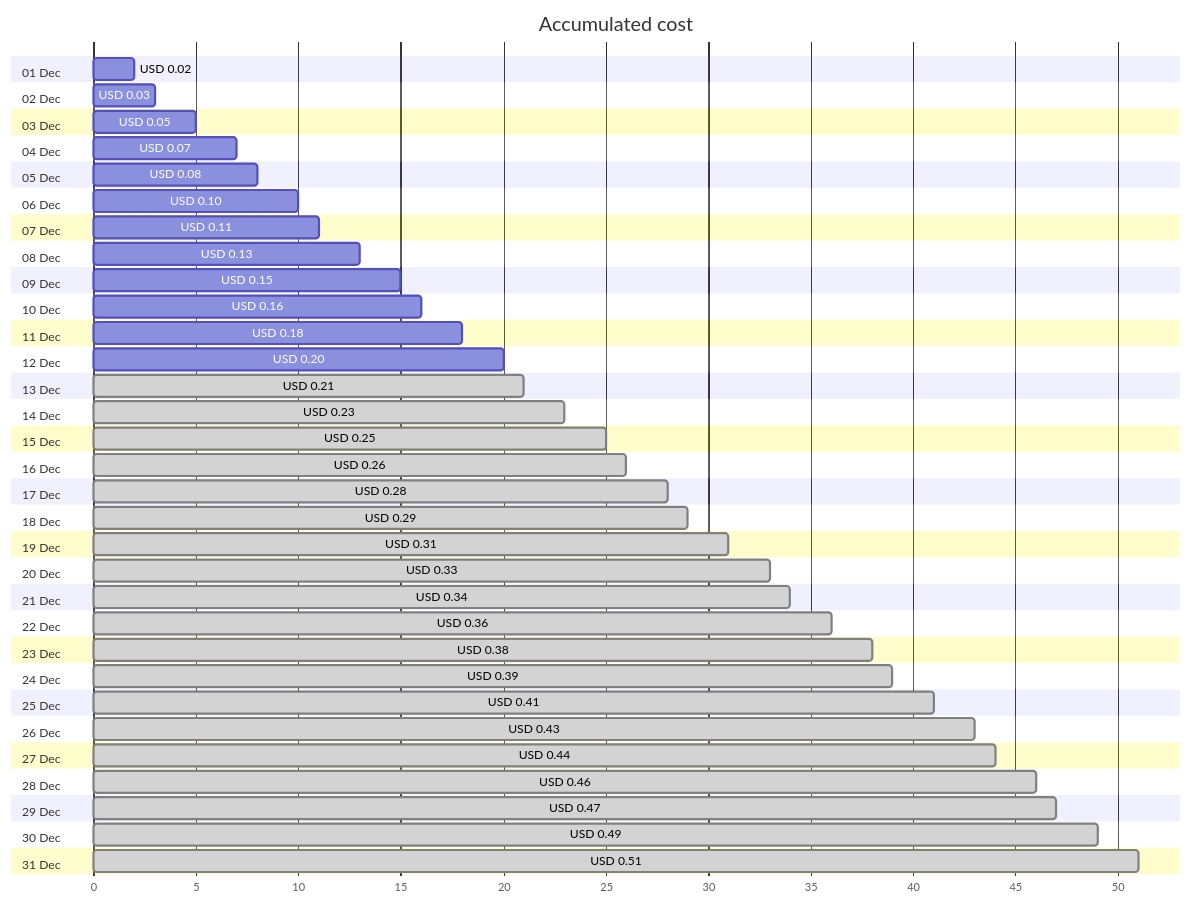
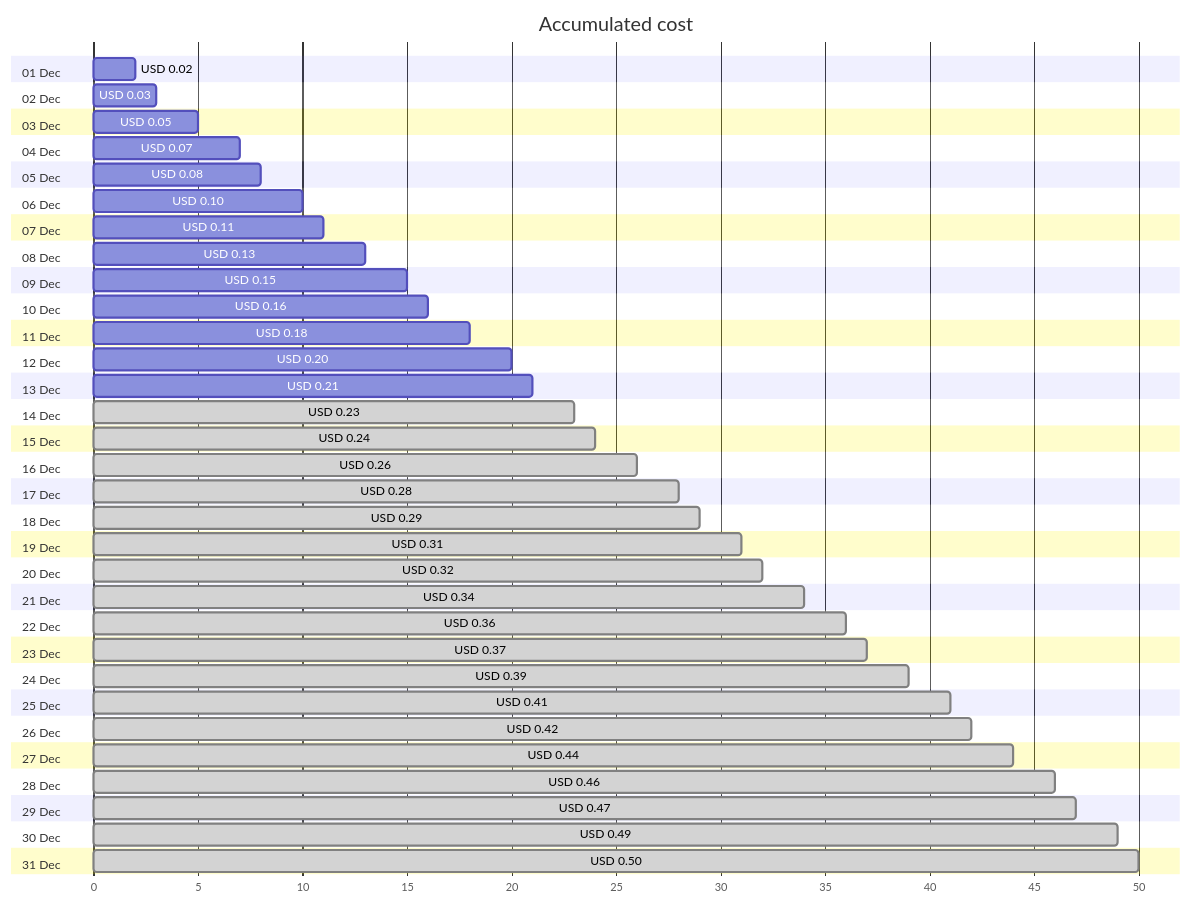
One commit to jpfulton/azure-personal-reports changed the first of 4 diagrams in cost-reports/personal-dns/jpatrickfulton.com.md. Above: the diagram before and after it, drawn with Mermaid. The commit also changed other lines of this file and 2 other files, not shown here.

````diff
--- a/cost-reports/personal-dns/jpatrickfulton.com.md
+++ b/cost-reports/personal-dns/jpatrickfulton.com.md
@@ -20,68 +20,68 @@
 ```mermaid
 gantt
    title Accumulated cost
    dateFormat  X
    axisFormat %s
    section 01 Dec
    USD 0.02 :0, 2
    section 02 Dec
    USD 0.03 :0, 3
    section 03 Dec
    USD 0.05 :0, 5
    section 04 Dec
    USD 0.07 :0, 7
    section 05 Dec
    USD 0.08 :0, 8
    section 06 Dec
    USD 0.10 :0, 10
    section 07 Dec
    USD 0.11 :0, 11
    section 08 Dec
    USD 0.13 :0, 13
    section 09 Dec
    USD 0.15 :0, 15
    section 10 Dec
    USD 0.16 :0, 16
    section 11 Dec
    USD 0.18 :0, 18
    section 12 Dec
    USD 0.20 :0, 20
    section 13 Dec
-   USD 0.21 : done, 0, 21
+   USD 0.21 :0, 21
    section 14 Dec
    USD 0.23 : done, 0, 23
    section 15 Dec
-   USD 0.25 : done, 0, 25
+   USD 0.24 : done, 0, 24
    section 16 Dec
    USD 0.26 : done, 0, 26
    section 17 Dec
    USD 0.28 : done, 0, 28
    section 18 Dec
    USD 0.29 : done, 0, 29
    section 19 Dec
    USD 0.31 : done, 0, 31
    section 20 Dec
-   USD 0.33 : done, 0, 33
+   USD 0.32 : done, 0, 32
    section 21 Dec
    USD 0.34 : done, 0, 34
    section 22 Dec
    USD 0.36 : done, 0, 36
    section 23 Dec
-   USD 0.38 : done, 0, 38
+   USD 0.37 : done, 0, 37
    section 24 Dec
    USD 0.39 : done, 0, 39
    section 25 Dec
    USD 0.41 : done, 0, 41
    section 26 Dec
-   USD 0.43 : done, 0, 43
+   USD 0.42 : done, 0, 42
    section 27 Dec
    USD 0.44 : done, 0, 44
    section 28 Dec
    USD 0.46 : done, 0, 46
    section 29 Dec
    USD 0.47 : done, 0, 47
    section 30 Dec
    USD 0.49 : done, 0, 49
    section 31 Dec
-   USD 0.51 : done, 0, 51
+   USD 0.50 : done, 0, 50
 ```
````
